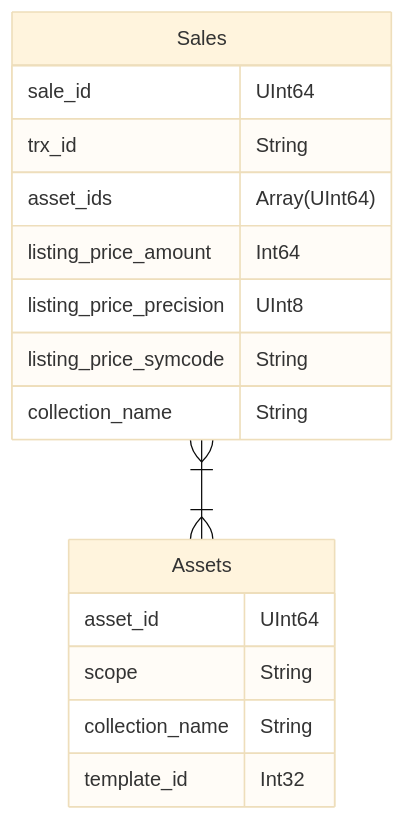
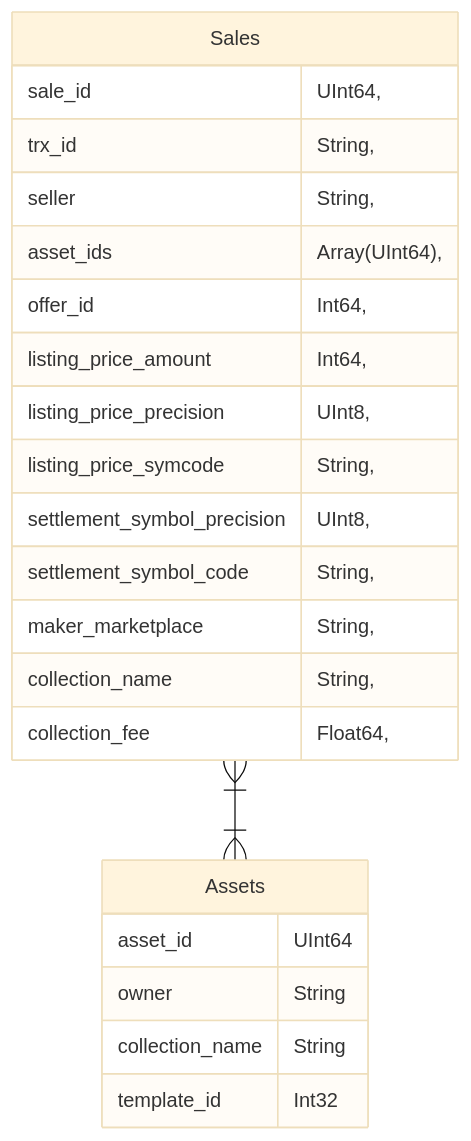
Before and after one commit to pinax-network/substreams-atomic-api: the diagram in README.md, drawn with Mermaid (base theme). The commit also changed other lines of this file and 2 other files, not shown here.

Commit message:
Updated docs and endpoint to use standard format

````diff
--- a/README.md
+++ b/README.md
@@ -66,23 +66,27 @@
 ```mermaid
 erDiagram
     Sales }|--|{ Assets : " "
 
     Sales {
-        sale_id     UInt64
-        trx_id      String
-        asset_ids   Array(UInt64)
-        listing_price_amount  Int64
-        listing_price_precision  UInt8
-        listing_price_symcode    String
-        collection_name String
-
+        sale_id     UInt64,
+        trx_id      String,
+        seller      String,
+        asset_ids   Array(UInt64),
+        offer_id    Int64,
+        listing_price_amount  Int64,
+        listing_price_precision  UInt8,
+        listing_price_symcode    String,
+        settlement_symbol_precision   UInt8,
+        settlement_symbol_code String,
+        maker_marketplace String,
+        collection_name String,
+        collection_fee  Float64,
     }
 
     Assets {
         asset_id     UInt64
-        scope        String
+        owner        String
         collection_name String
         template_id  Int32
-
     }
 ```
````
